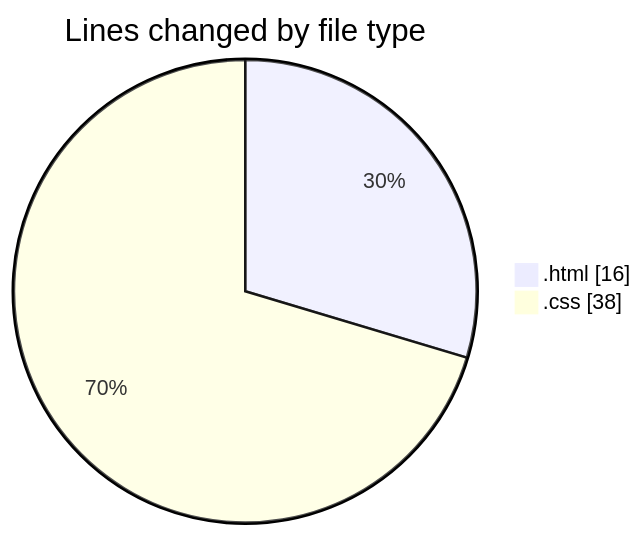
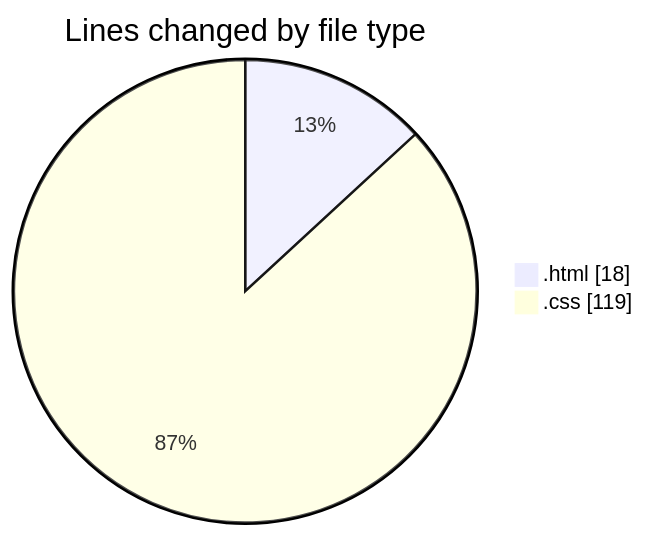
The first of 2 diagrams in 2025-05-26/projects/README.md (Ritupan-Deka/code-tracking), drawn with Mermaid before and after one commit. The commit also changed other lines of this file and 1 other file, not shown here.

````diff
--- a/2025-05-26/projects/README.md
+++ b/2025-05-26/projects/README.md
@@ -22,6 +22,6 @@
 ```mermaid
 pie showData
 title Lines changed by file type
-".html" : 16
-".css" : 38
+".html" : 18
+".css" : 119
 ```
````
